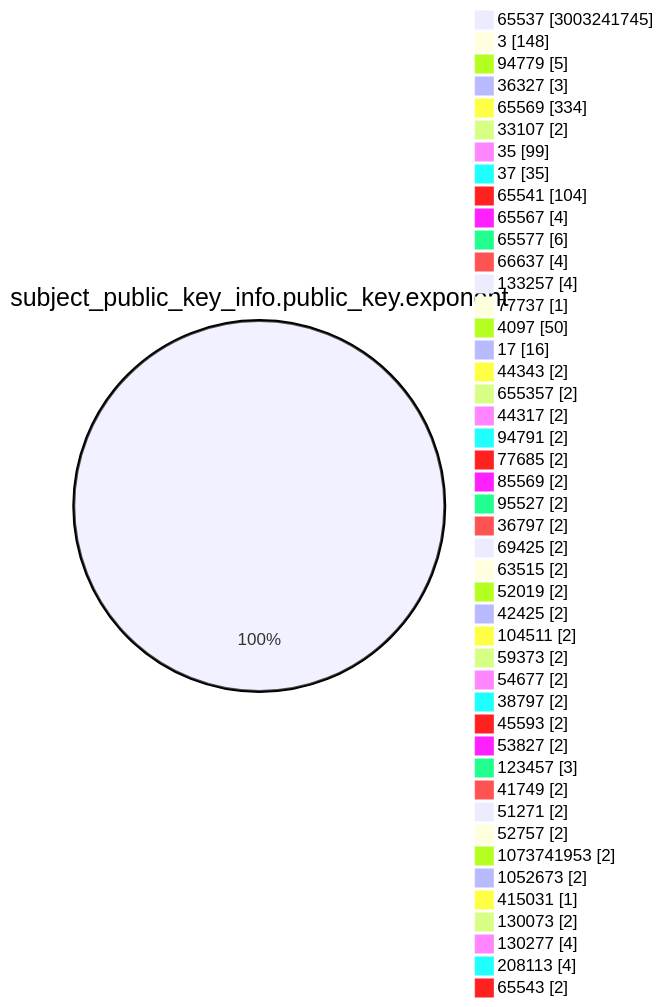
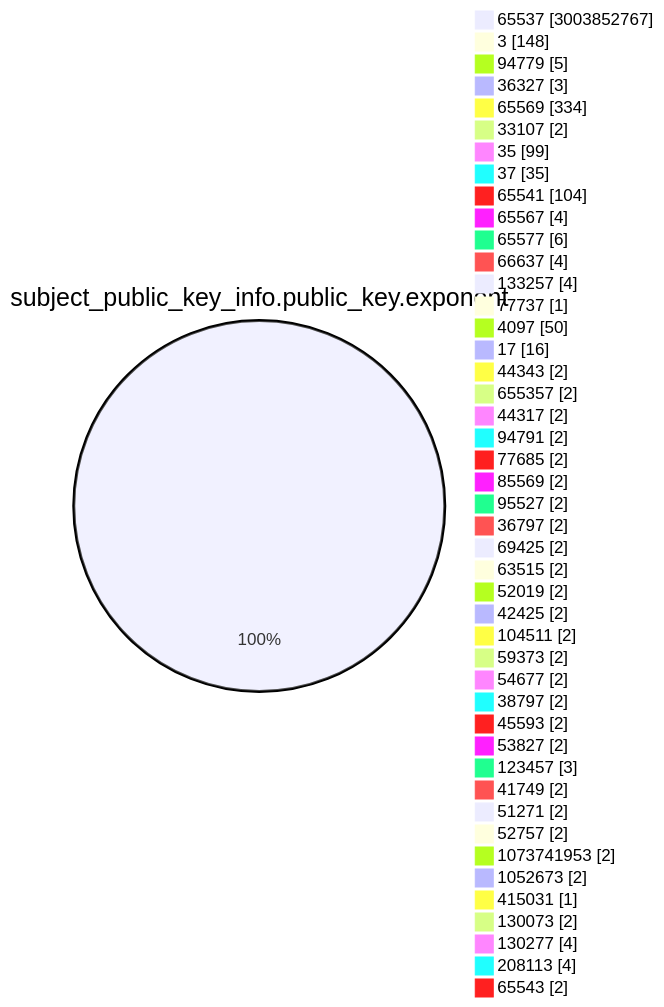
One commit to christiankrug/ctmonitor_visualization changed the fourth of 15 diagrams in TOTAL/README.md. Above: the diagram before and after it, drawn with Mermaid. The commit also changed other lines of this file, not shown here.

````diff
--- a/TOTAL/README.md
+++ b/TOTAL/README.md
@@ -1472,49 +1472,49 @@
 ```mermaid
 pie showData
 title subject_public_key_info.public_key.exponent
-"65537" :3003241745
+"65537" :3003852767
 "3" :148
 "94779" :5
 "36327" :3
 "65569" :334
 "33107" :2
 "35" :99
 "37" :35
 "65541" :104
 "65567" :4
 "65577" :6
 "66637" :4
 "133257" :4
 "77737" :1
 "4097" :50
 "17" :16
 "44343" :2
 "655357" :2
 "44317" :2
 "94791" :2
 "77685" :2
 "85569" :2
 "95527" :2
 "36797" :2
 "69425" :2
 "63515" :2
 "52019" :2
 "42425" :2
 "104511" :2
 "59373" :2
 "54677" :2
 "38797" :2
 "45593" :2
 "53827" :2
 "123457" :3
 "41749" :2
 "51271" :2
 "52757" :2
 "1073741953" :2
 "1052673" :2
 "415031" :1
 "130073" :2
 "130277" :4
 "208113" :4
 "65543" :2
 ```
````
